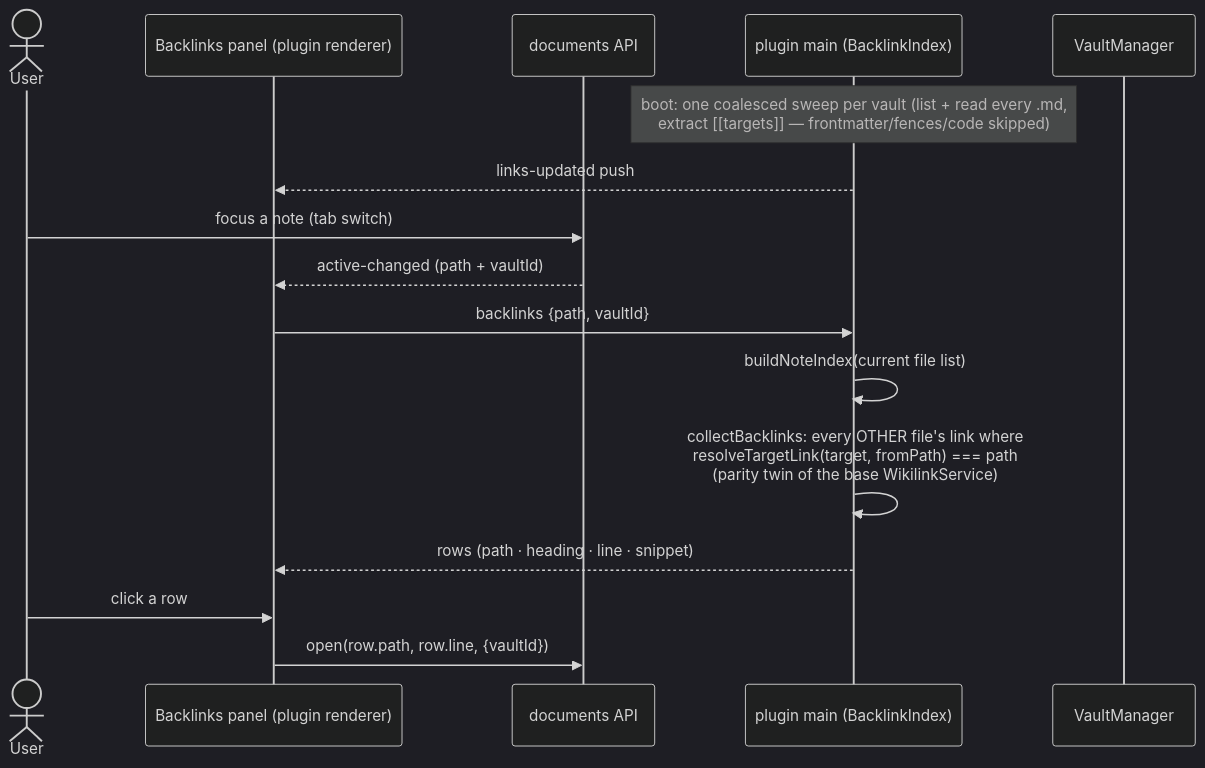
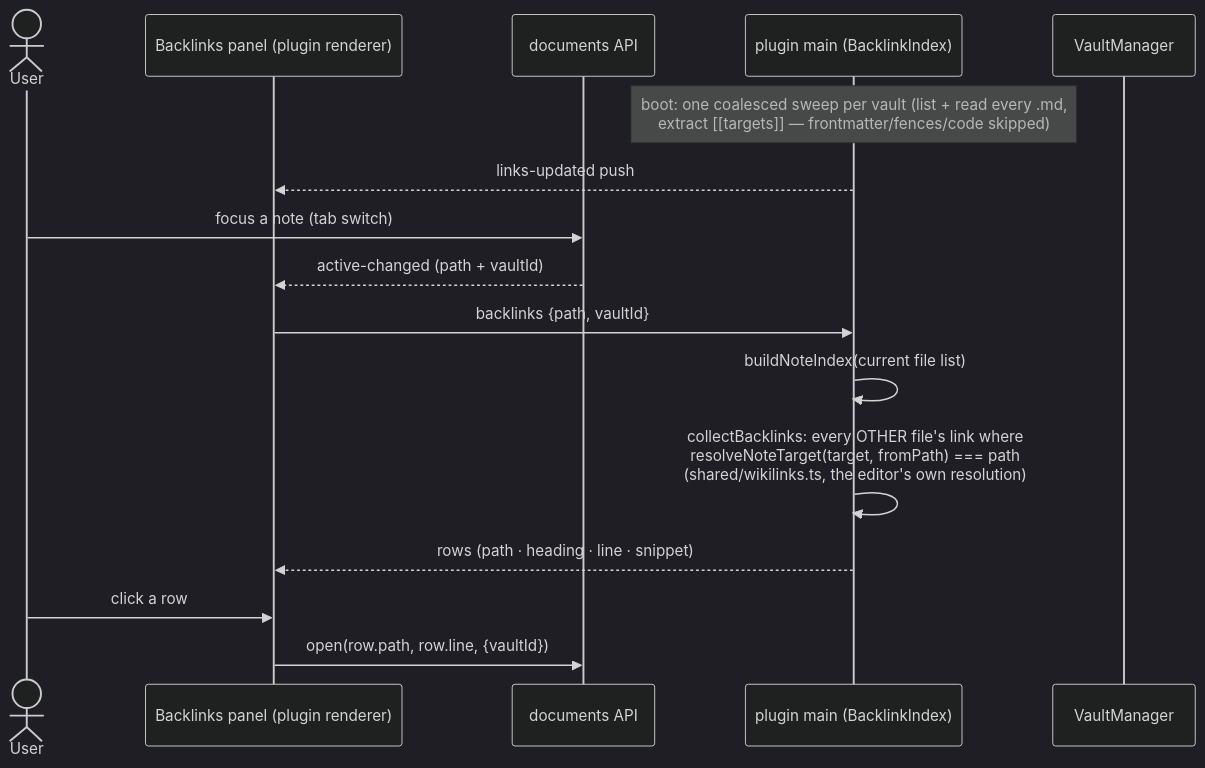
One commit to HenrikPuls/Drey changed diagram 48 of 60 in docs/06_runtime_view.md. Above: the diagram before and after it, drawn with Mermaid (dark theme). The commit also changed 44 other files, not shown here.

````diff
--- a/docs/06_runtime_view.md
+++ b/docs/06_runtime_view.md
@@ -2315,19 +2315,19 @@
 ```mermaid
 sequenceDiagram
     actor User
     participant Panel as Backlinks panel (plugin renderer)
     participant Doc as documents API
     participant BE as plugin main (BacklinkIndex)
     participant FS as VaultManager
 
     Note over BE: boot: one coalesced sweep per vault (list + read every .md,<br/>extract [[targets]] — frontmatter/fences/code skipped)
     BE-->>Panel: links-updated push
     User->>Doc: focus a note (tab switch)
     Doc-->>Panel: active-changed (path + vaultId)
     Panel->>BE: backlinks {path, vaultId}
     BE->>BE: buildNoteIndex(current file list)
-    BE->>BE: collectBacklinks: every OTHER file's link where<br/>resolveTargetLink(target, fromPath) === path<br/>(parity twin of the base WikilinkService)
+    BE->>BE: collectBacklinks: every OTHER file's link where<br/>resolveNoteTarget(target, fromPath) === path<br/>(shared/wikilinks.ts, the editor's own resolution)
     BE-->>Panel: rows (path · heading · line · snippet)
     User->>Panel: click a row
     Panel->>Doc: open(row.path, row.line, {vaultId})
 ```
````
